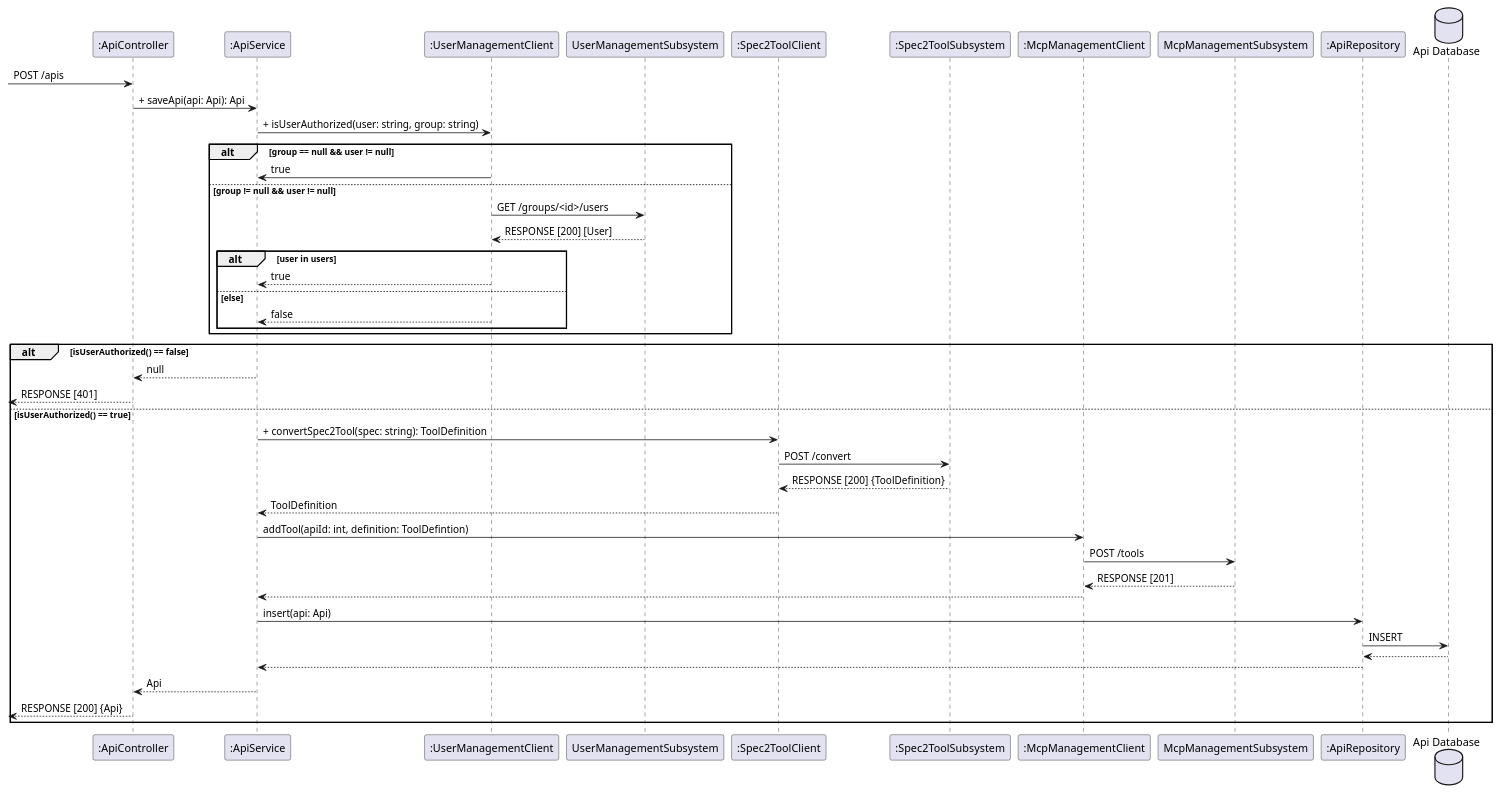
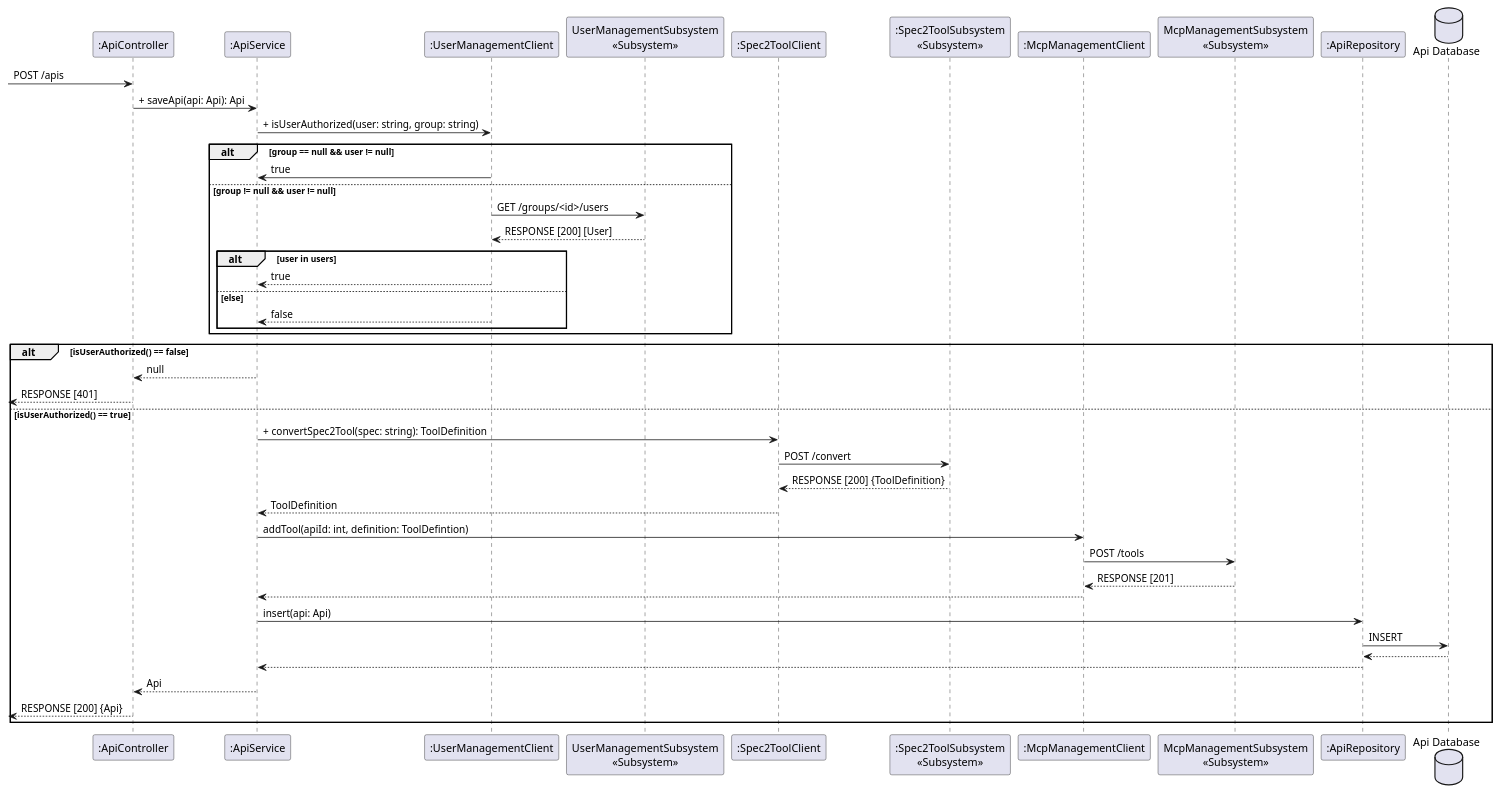
One commit to GroMoKoSo/GroMoKoSo-Meta changed the diagram in docs/diagrams/runtime/api_management/api_post_api.puml. Above: the diagram before and after it, drawn with PlantUML. The commit also changed 1 other file, not shown here.

Commit message:
docs: add subsystem stereotypes

```diff
--- a/docs/diagrams/runtime/api_management/api_post_api.puml
+++ b/docs/diagrams/runtime/api_management/api_post_api.puml
@@ -1,51 +1,51 @@
 @startuml
 participant api_controller as ":ApiController"
 participant api_service as ":ApiService"
 participant user_management_client as ":UserManagementClient"
-participant user_management_subsystem as "UserManagementSubsystem"
+participant user_management_subsystem as "UserManagementSubsystem\n«Subsystem»"
 participant spec2tool_client as ":Spec2ToolClient"
-participant spec2tool_subsystem as ":Spec2ToolSubsystem"
+participant spec2tool_subsystem as ":Spec2ToolSubsystem\n«Subsystem»"
 participant mcp_management_client as ":McpManagementClient"
-participant mcp_management_subsystem as "McpManagementSubsystem"
+participant mcp_management_subsystem as "McpManagementSubsystem\n«Subsystem»"
 participant api_repository as ":ApiRepository"
 database api_database as "Api Database"
 
 -> api_controller: POST /apis
 api_controller -> api_service : + saveApi(api: Api): Api
 api_service -> user_management_client: + isUserAuthorized(user: string, group: string)
 
 alt group == null && user != null
     user_management_client -> api_service : true
 else group != null && user != null
     user_management_client -> user_management_subsystem : GET /groups/<id>/users
     user_management_client <-- user_management_subsystem : RESPONSE [200] [User]
     alt user in users
         api_service <-- user_management_client : true
     else else
         api_service <-- user_management_client : false
     end
 end
 
 alt isUserAuthorized() == false
     api_controller <-- api_service : null
     <-- api_controller : RESPONSE [401]
 else isUserAuthorized() == true
     api_service -> spec2tool_client : + convertSpec2Tool(spec: string): ToolDefinition
     spec2tool_client -> spec2tool_subsystem : POST /convert
     spec2tool_client <-- spec2tool_subsystem : RESPONSE [200] {ToolDefinition}
     api_service <-- spec2tool_client : ToolDefinition
 
     api_service -> mcp_management_client : addTool(apiId: int, definition: ToolDefintion)
     mcp_management_client -> mcp_management_subsystem : POST /tools
     mcp_management_client <-- mcp_management_subsystem : RESPONSE [201]
     api_service <-- mcp_management_client
 
     api_service -> api_repository : insert(api: Api)
     api_repository -> api_database : INSERT
     api_repository <-- api_database
     api_service <-- api_repository
     api_controller <-- api_service : Api
     <-- api_controller : RESPONSE [200] {Api}
 end
 
 @enduml
```
